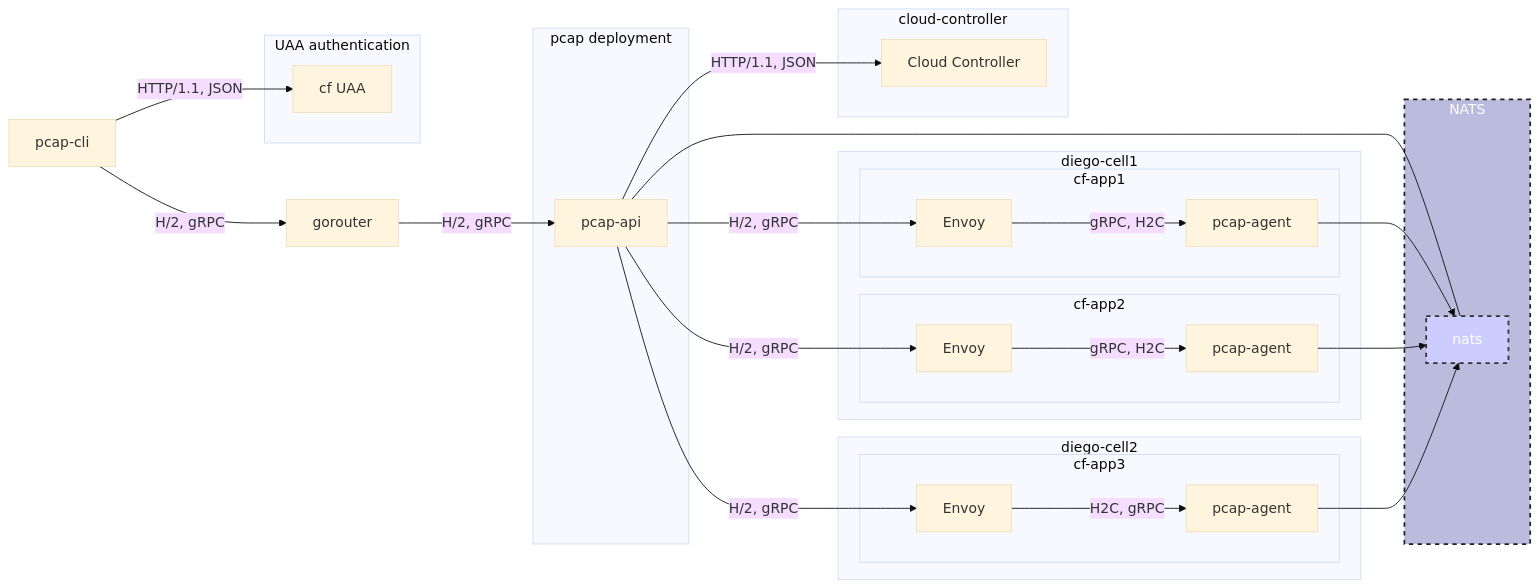
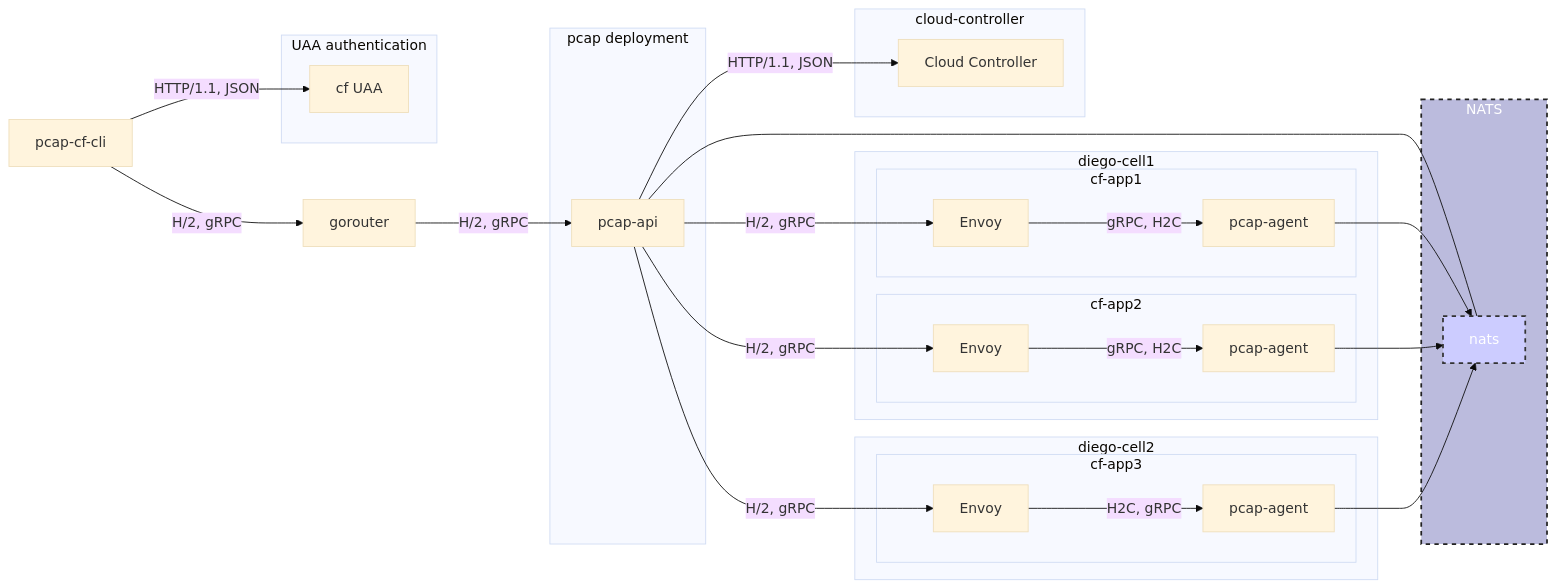
Before and after one commit to cloudfoundry/pcap-release: the first of 19 diagrams in docs/api-communication-spec.md, drawn with Mermaid (base theme). The commit also changed other lines of this file, not shown here.

Commit message:
docs(api): Address review feedback

````diff
--- a/docs/api-communication-spec.md
+++ b/docs/api-communication-spec.md
@@ -17,42 +18,42 @@
 ```mermaid
 graph LR
     subgraph UAA authentication
         cf[cf UAA]
     end
     
     style nats fill:#ccf,stroke:#333,stroke-width:2px,color:#fff,stroke-dasharray: 5 5
     style NATS fill:#bbd,stroke:#222,stroke-width:2px,color:#fff,stroke-dasharray: 5 5
     
-    pcap-cli -->|HTTP/1.1, JSON| cf[cf UAA]
-    pcap-cli -->|H/2, gRPC| gorouter
+    pcap-cf-cli -->|HTTP/1.1, JSON| cf[cf UAA]
+    pcap-cf-cli -->|H/2, gRPC| gorouter
     gorouter -->|H/2, gRPC| pcap-api
-    pcap-api ---nats
+    pcap-api --- nats
     subgraph pcap deployment
         pcap-api
     end
     subgraph NATS
         nats[nats]
     end
     subgraph diego-cell1
         subgraph cf-app1
             pcap-api -->|H/2, gRPC| c1e[Envoy]
             c1e -->|gRPC, H2C| c1[pcap-agent]
             c1[pcap-agent] --> nats
         end 
         subgraph cf-app2
             pcap-api -->|H/2, gRPC| c2e[Envoy]
             c2e -->|gRPC, H2C| c2[pcap-agent]
             c2[pcap-agent] --> nats
         end 
     end
     subgraph diego-cell2
         subgraph cf-app3
             pcap-api -->|H/2, gRPC| c3e[Envoy]
             c3e -->|H2C, gRPC| c3[pcap-agent]
             c3[pcap-agent] --> nats
         end 
     end
     subgraph cloud-controller
         pcap-api -->|HTTP/1.1, JSON| cc[Cloud Controller]
     end
 ```
````
